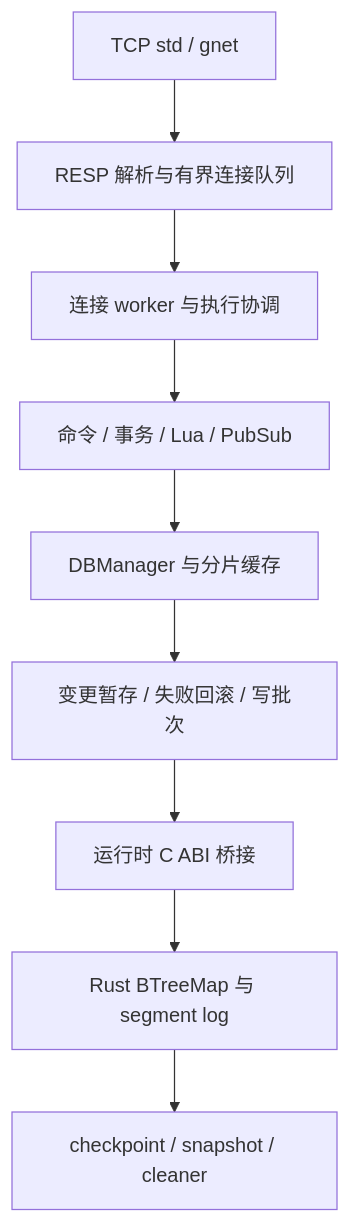
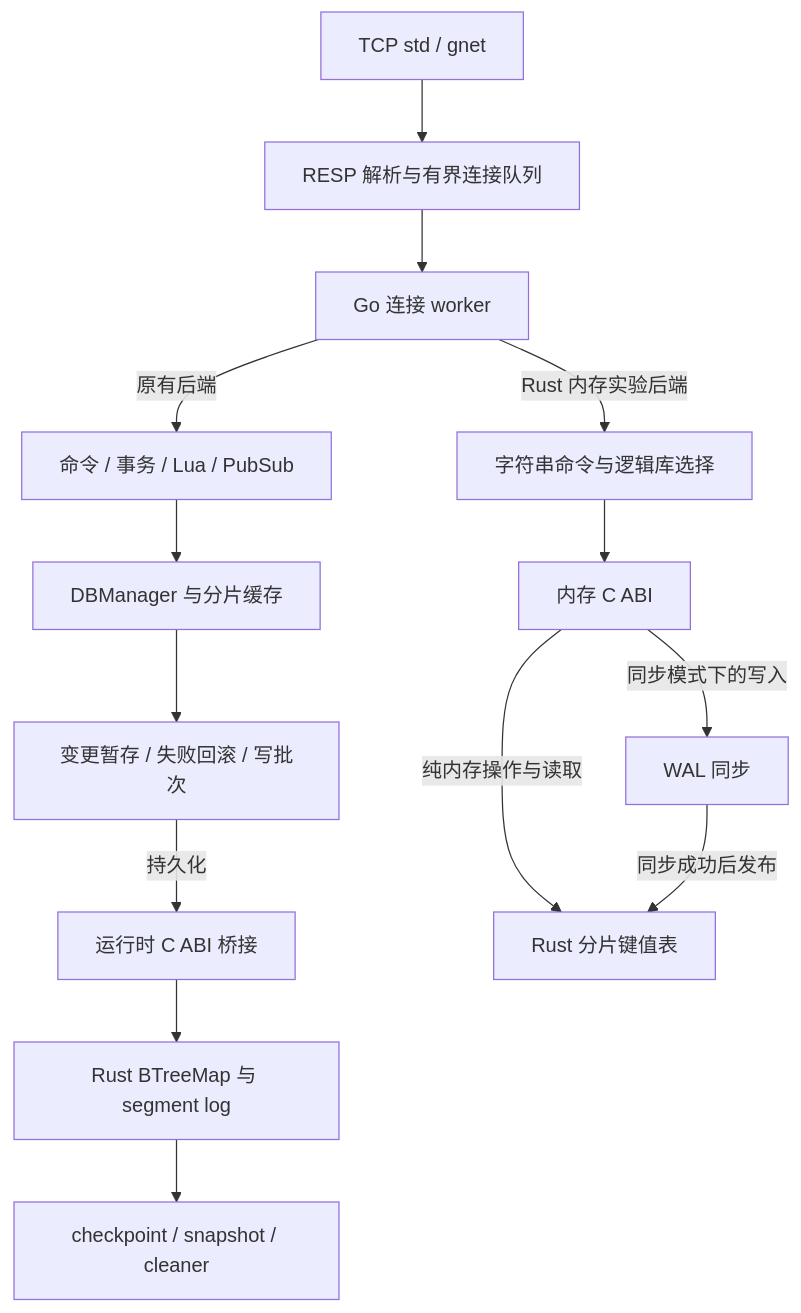
The diagram in README.md (TZJ-BYTE/Kerniva-Engine), drawn with Mermaid before and after one commit. The commit also changed other lines of this file and 19 other files, not shown here.

```diff
--- a/README.md
+++ b/README.md
@@ -128,11 +130,16 @@
 ~~~mermaid
 flowchart TD
     A[TCP std / gnet] --> B[RESP 解析与有界连接队列]
-    B --> C[连接 worker 与执行协调]
-    C --> D[命令 / 事务 / Lua / PubSub]
+    B --> C[Go 连接 worker]
+    C -->|原有后端| D[命令 / 事务 / Lua / PubSub]
     D --> E[DBManager 与分片缓存]
     E --> F[变更暂存 / 失败回滚 / 写批次]
-    F --> G[运行时 C ABI 桥接]
+    F -->|持久化| G[运行时 C ABI 桥接]
     G --> H[Rust BTreeMap 与 segment log]
     H --> I[checkpoint / snapshot / cleaner]
+    C -->|Rust 内存实验后端| J[字符串命令与逻辑库选择]
+    J --> K[内存 C ABI]
+    K -->|纯内存操作与读取| L[Rust 分片键值表]
+    K -->|同步模式下的写入| M[WAL 同步]
+    M -->|同步成功后发布| L
 ~~~
```
